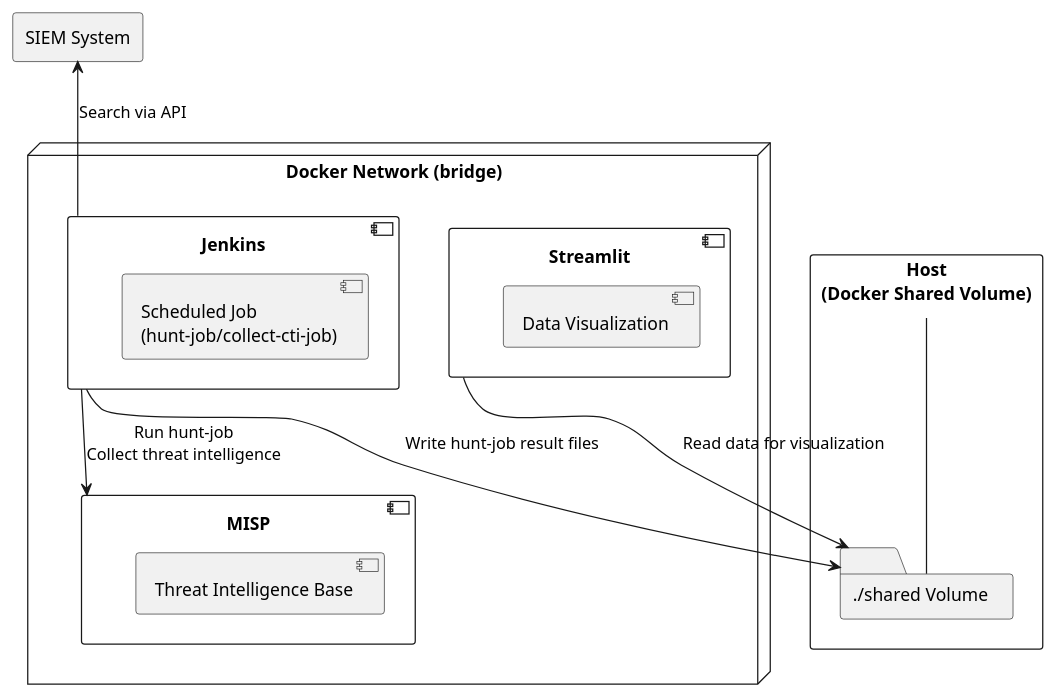
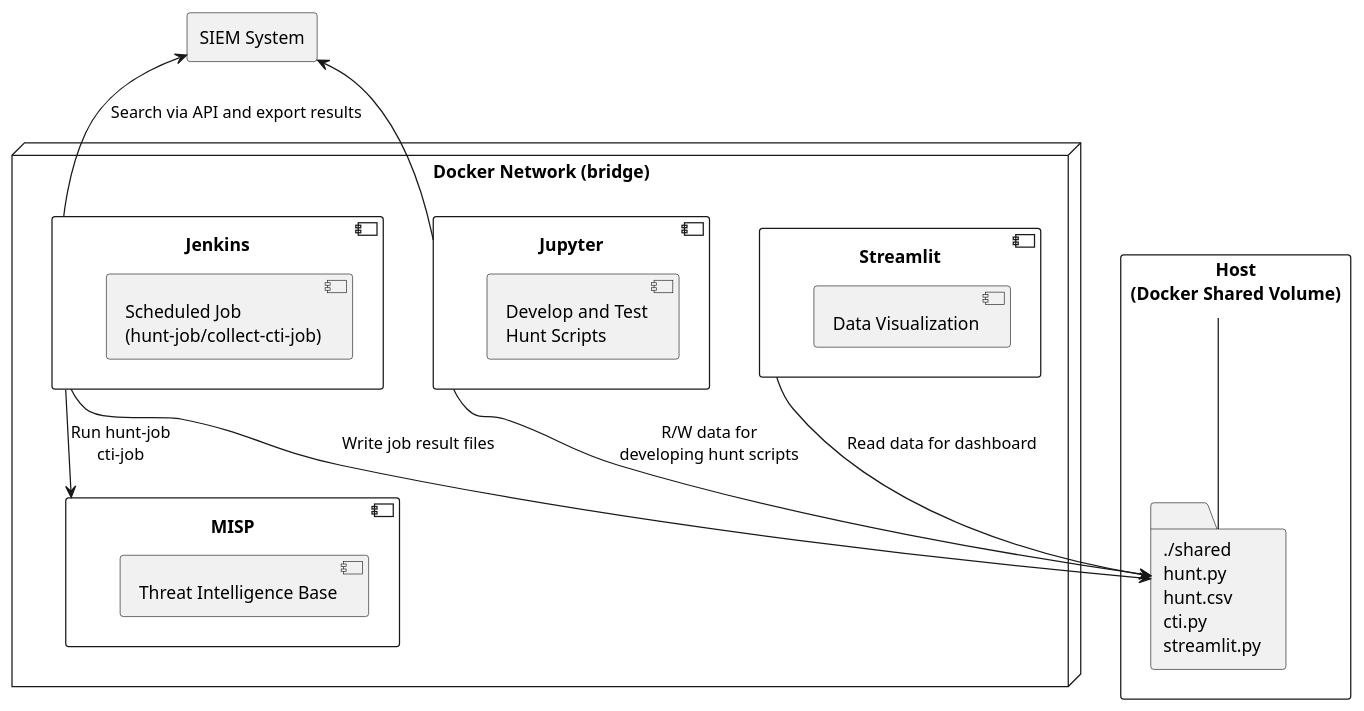
Before and after one commit to fukusuket/THuntLab: the diagram in doc/architecture.puml, drawn with PlantUML. The commit also changed 1 other file, not shown here.

Commit message:
Update architecture diagram to include Jupyter component and refine data flow descriptions

```diff
--- a/doc/architecture.puml
+++ b/doc/architecture.puml
@@ -1,26 +1,31 @@
 @startuml
 rectangle "SIEM System" as SIEM
 
 rectangle "Host\n(Docker Shared Volume)" as host {
-    folder "./shared Volume" as shared
+    folder "./shared\nhunt.py\nhunt.csv\ncti.py\nstreamlit.py" as shared
 }
 
 node "Docker Network (bridge)" {
     component Jenkins as jenkins {
         [Scheduled Job\n(hunt-job/collect-cti-job)]
     }
-    component MISP as misp {
-        [Threat Intelligence Base]
+    component Jupyter as jupyter {
+        [Develop and Test\nHunt Scripts]
     }
     component Streamlit as streamlit {
         [Data Visualization]
     }
+    component MISP as misp {
+        [Threat Intelligence Base]
+    }
 }
 
-SIEM <-- jenkins : "Search via API"
+SIEM <-- jenkins : "Search via API and export results"
+SIEM <-- jupyter : ""
 host -down- shared
 
-jenkins --> misp : "Run hunt-job\nCollect threat intelligence"
-jenkins --> shared : "Write hunt-job result files"
-streamlit --> shared : "Read data for visualization"
+jenkins --> misp : "Run hunt-job\ncti-job"
+jenkins --> shared : "Write job result files"
+jupyter --> shared : "R/W data for\ndeveloping hunt scripts"
+streamlit --> shared : "Read data for dashboard"
 @enduml
```
